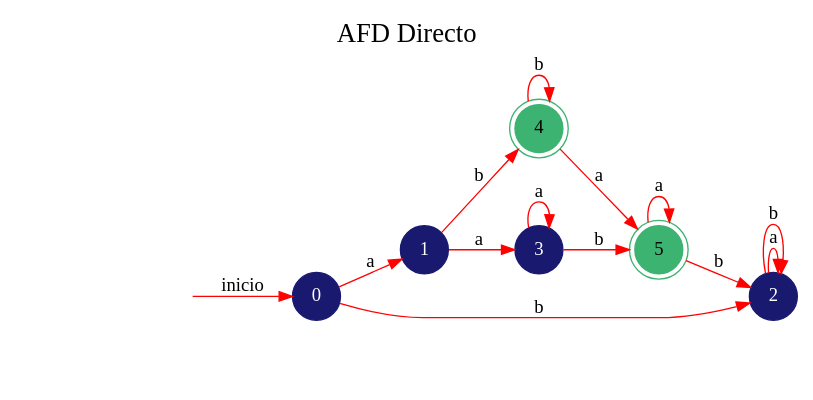
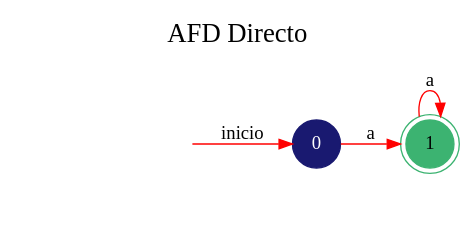
The diagram in GeneracionAutomatas/DOT/AFD Directo.dot (fcpauldiaz-archive/Automata), drawn with Graphviz before and after one commit. The commit also changed 20 other files, not shown here.

```diff
--- a/GeneracionAutomatas/DOT/AFD Directo.dot
+++ b/GeneracionAutomatas/DOT/AFD Directo.dot
@@ -1,22 +1,12 @@
 digraph automata_finito {
 	rankdir=LR;
 	graph [label="AFD Directo", labelloc=t, fontsize=20]; 
-	node [shape=doublecircle, style = filled,color = mediumseagreen]; 4 5;
+	node [shape=doublecircle, style = filled,color = mediumseagreen]; 1;
 	node [shape=circle];
 	node [color=midnightblue,fontcolor=white];
 	edge [color=red];
 	secret_node [style=invis];
 	secret_node -> 0 [label="inicio"];
 	0 -> 1 [label="a"];
-	0 -> 2 [label="b"];
-	1 -> 3 [label="a"];
-	1 -> 4 [label="b"];
-	2 -> 2 [label="a"];
-	2 -> 2 [label="b"];
-	3 -> 3 [label="a"];
-	3 -> 5 [label="b"];
-	4 -> 5 [label="a"];
-	4 -> 4 [label="b"];
-	5 -> 5 [label="a"];
-	5 -> 2 [label="b"];
+	1 -> 1 [label="a"];
 }
```
